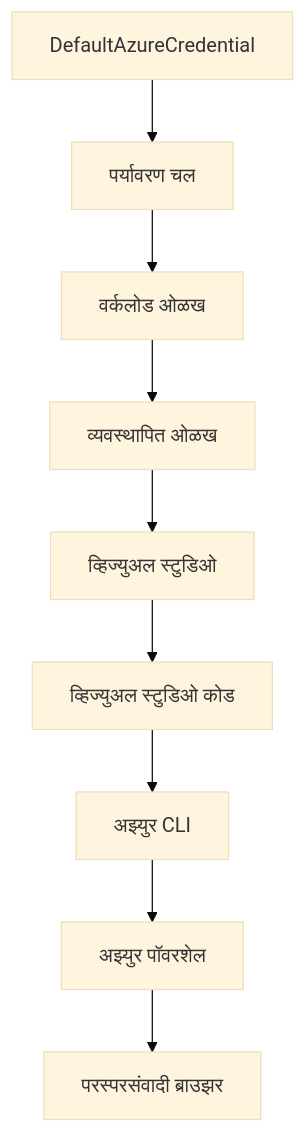
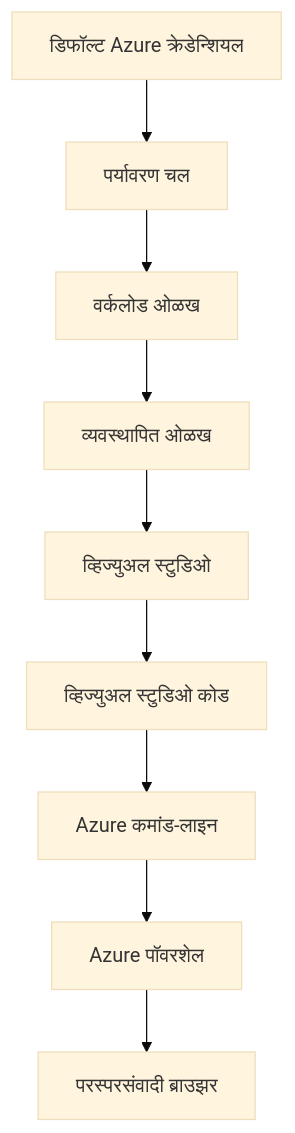
The second of 2 diagrams in translations/mr/docs/chapter-01-foundation/azd-basics.md (microsoft/AZD-for-beginners), drawn with Mermaid (base theme) before and after one commit. The commit also changed other lines of this file and 101 other files, not shown here.

````diff
--- a/translations/mr/docs/chapter-01-foundation/azd-basics.md
+++ b/translations/mr/docs/chapter-01-foundation/azd-basics.md
@@ -591,11 +591,11 @@
 ```mermaid
 graph TD
-    A[DefaultAzureCredential] --> B[पर्यावरण चल]
+    A[डिफॉल्ट Azure क्रेडेन्शियल] --> B[पर्यावरण चल]
     B --> C[वर्कलोड ओळख]
     C --> D[व्यवस्थापित ओळख]
     D --> E[व्हिज्युअल स्टुडिओ]
     E --> F[व्हिज्युअल स्टुडिओ कोड]
-    F --> G[अझ्युर CLI]
-    G --> H[अझ्युर पॉवरशेल]
+    F --> G[Azure कमांड-लाइन]
+    G --> H[Azure पॉवरशेल]
     H --> I[परस्परसंवादी ब्राउझर]
 ```
````
